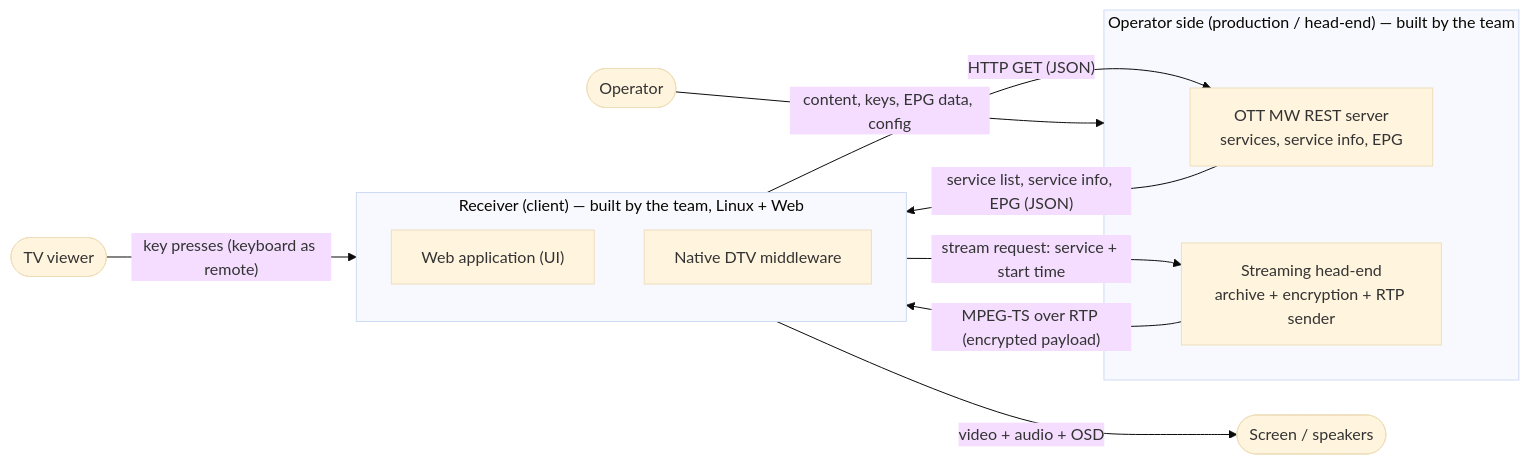
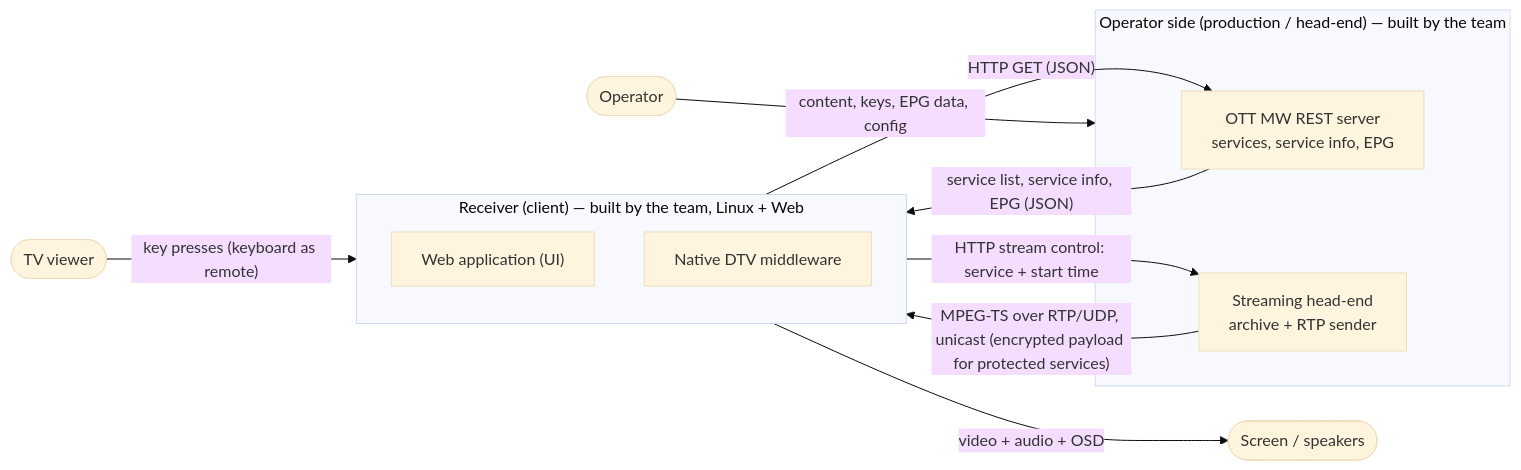
Before and after one commit to bereniich/broadband-managed-iptv-receiver: the first of 2 diagrams in SPECIFICATION.md, drawn with Mermaid (base theme). The commit also changed other lines of this file, not shown here.

````diff
--- a/SPECIFICATION.md
+++ b/SPECIFICATION.md
@@ -91,21 +91,21 @@
 ```mermaid
 flowchart LR
     viewer([TV viewer]) -- "key presses (keyboard as remote)" --> RX
     RX -- "video + audio + OSD" --> screen([Screen / speakers])
 
     subgraph SERVER["Operator side (production / head-end) — built by the team"]
         MW["OTT MW REST server<br/>services, service info, EPG"]
-        HE["Streaming head-end<br/>archive + encryption + RTP sender"]
+        HE["Streaming head-end<br/>archive + RTP sender"]
     end
 
     subgraph RX["Receiver (client) — built by the team, Linux + Web"]
         UI["Web application (UI)"]
         DTV["Native DTV middleware"]
     end
 
     RX -- "HTTP GET (JSON)" --> MW
     MW -- "service list, service info, EPG (JSON)" --> RX
-    RX -- "stream request: service + start time" --> HE
-    HE -- "MPEG-TS over RTP (encrypted payload)" --> RX
+    RX -- "HTTP stream control: service + start time" --> HE
+    HE -- "MPEG-TS over RTP/UDP, unicast (encrypted payload for protected services)" --> RX
     operator([Operator]) -- "content, keys, EPG data, config" --> SERVER
 ```
````
